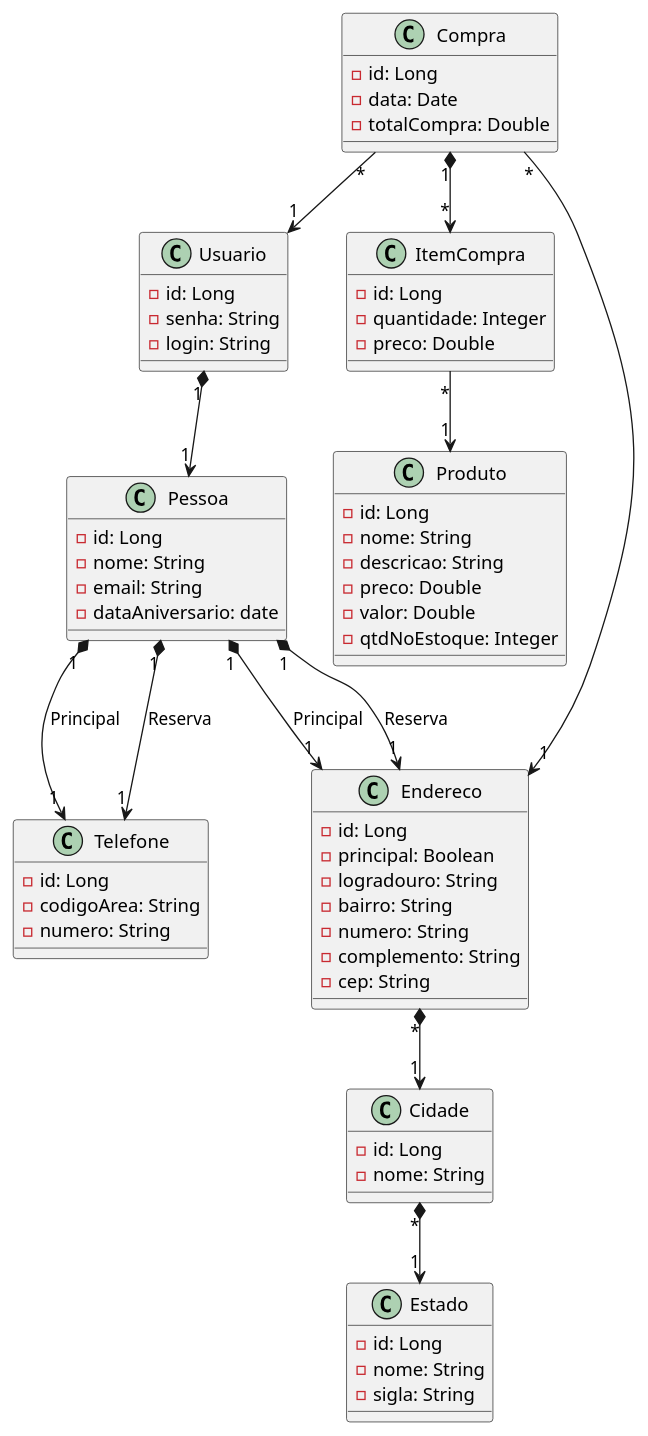
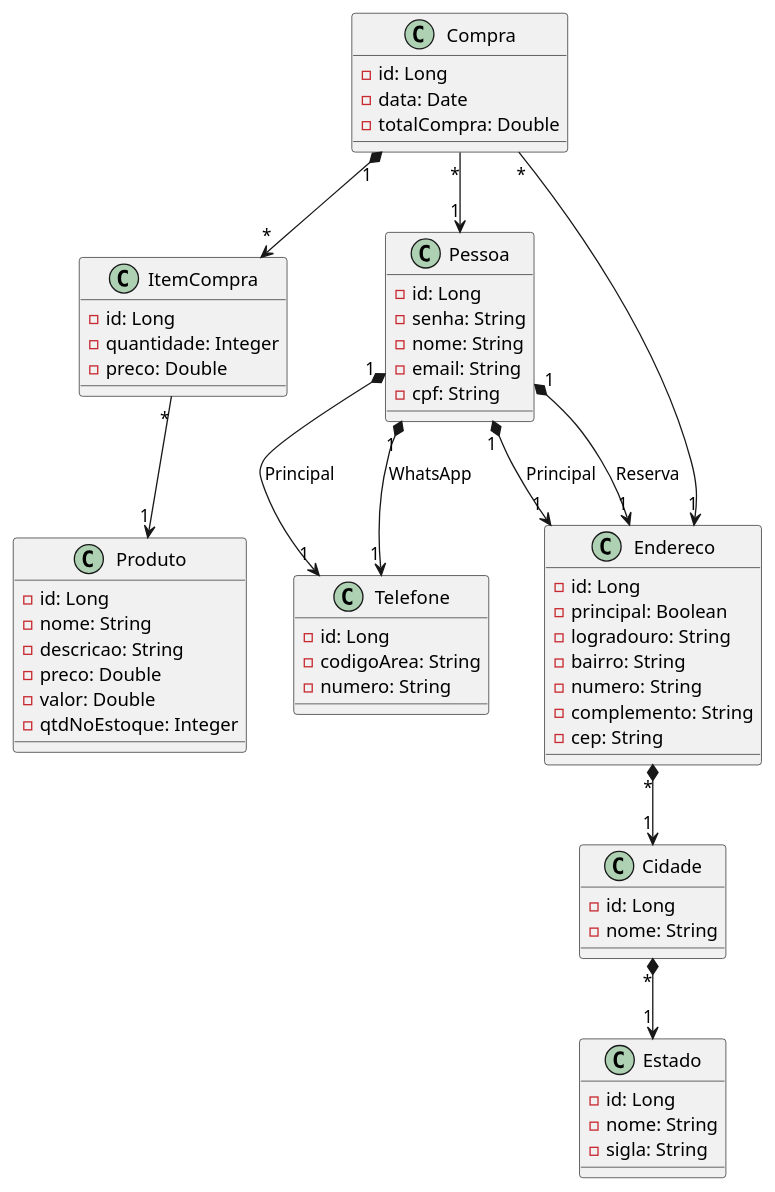
Before and after one commit to daniel-ferreira-da-costa/tabacaria-topicos1: the diagram in src/main/java/unitins/UML/uml_tabacaria.plantuml, drawn with PlantUML. The commit also changed 17 other files, not shown here.

```diff
--- a/src/main/java/unitins/UML/uml_tabacaria.plantuml
+++ b/src/main/java/unitins/UML/uml_tabacaria.plantuml
@@ -1,82 +1,75 @@
 @startuml Tabacaria
 '========Produto========='
 class Produto {
     - id: Long
     - nome: String
     - descricao: String
     - preco: Double
     - valor: Double
     - qtdNoEstoque: Integer
 }
 
 '========Usuario========='
-class Usuario{
+class Pessoa{
     - id: Long
     - senha: String
-    - login: String
-    
+    - nome: String
+    - email: String
+    - cpf: String
 }
 
 class Telefone {
     - id: Long
     - codigoArea: String
     - numero: String
-}
-
-class Pessoa {
-    - id: Long
-    - nome: String
-    - email: String
-    - dataAniversario: date
 }
 '========Venda========='
 class Compra {
     - id: Long
     - data: Date
     - totalCompra: Double
 }
 
 class ItemCompra {
     - id: Long
     - quantidade: Integer
     - preco: Double
 }
 
 '========Endereço========='
 class Endereco {
     - id: Long
     - principal: Boolean
     - logradouro: String
     - bairro: String
     - numero: String
     - complemento: String
     - cep: String
 }
 class Estado{
     - id: Long
     - nome: String
     - sigla: String
 }
 
 class Cidade{
     - id: Long
     - nome: String
 }
 
 '========Relacionamentos========='
 Compra "1" *--> "*" ItemCompra
-Compra "*" --> "1" Usuario
+Compra "*" --> "1" Pessoa
 Compra "*" --> "1" Endereco
 
 ItemCompra "*" --> "1" Produto
 
 Pessoa "1" *--> "1" Telefone : Principal
-Pessoa "1" *--> "1" Telefone : Reserva
+Pessoa "1" *--> "1" Telefone : WhatsApp
 Pessoa "1" *--> "1" Endereco : Principal
 Pessoa "1" *--> "1" Endereco : Reserva
-Usuario "1" *--> "1" Pessoa
 
 Endereco "*" *--> "1" Cidade
 Cidade "*" *--> "1" Estado
 
 @enduml
```
